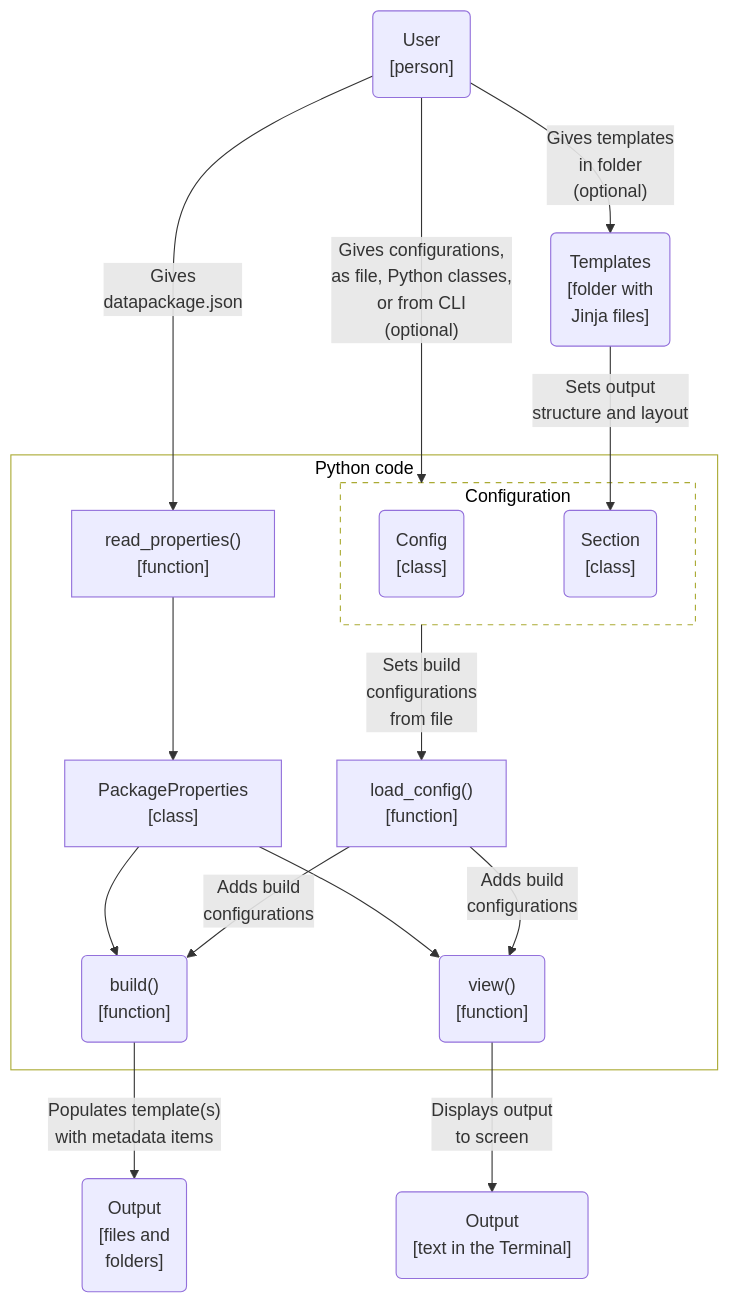
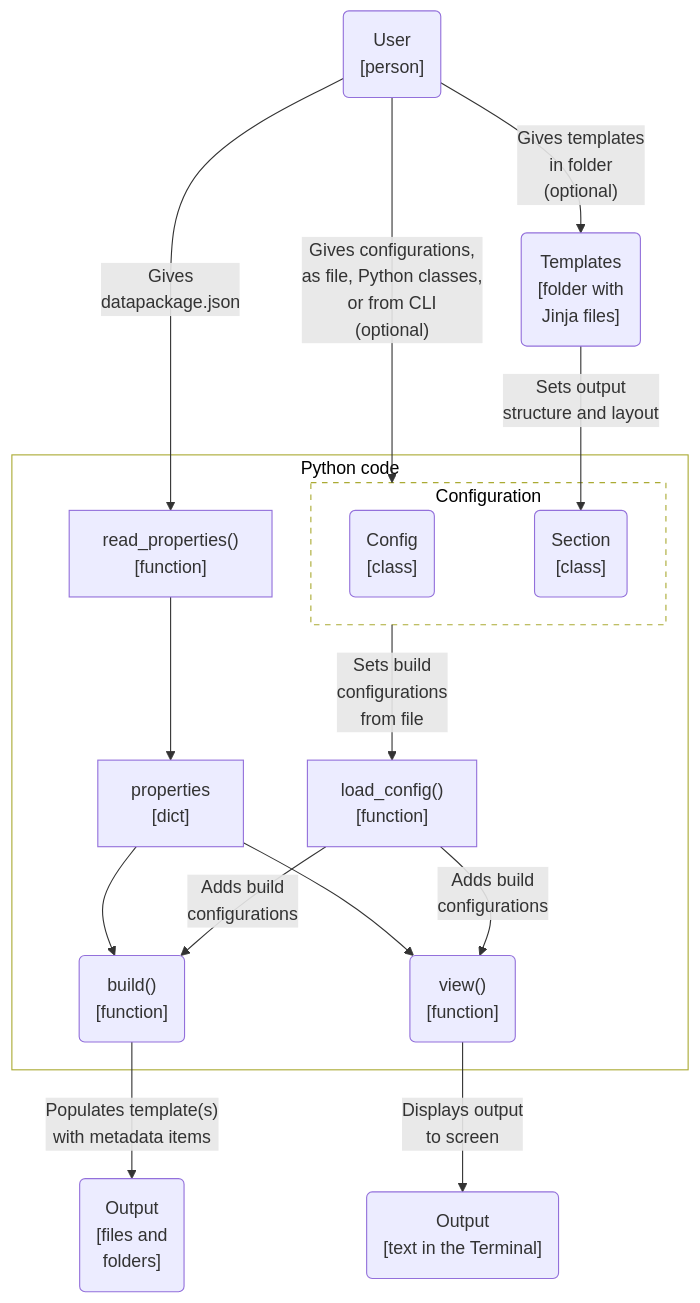
One commit to seedcase-project/seedcase-flower changed the third of 3 diagrams in docs/design/architecture.qmd. Above: the diagram before and after it, drawn with Mermaid. The commit also changed other lines of this file and 2 other files, not shown here.

Commit message:
docs: :building_construction: don't rely on Sprout for reading properties

````diff
--- a/docs/design/architecture.qmd
+++ b/docs/design/architecture.qmd
@@ -231,41 +233,41 @@
 ```{mermaid}
 %%| label: fig-c4-component
 %%| fig-cap: "C4 component diagram showing the parts of the Python package that contribute to the CLI and their connections."
 flowchart
 
     subgraph python_package["Python code"]
 
         subgraph config_file["Configuration"]
             config("Config<br>[class]")
             section("Section<br>[class]")
         end
 
         load_config["load_config()<br>[function]"]
         read_properties["read_properties()<br>[function]"]
-        properties["PackageProperties<br>[class]"]
+        properties["properties<br>[dict]"]
         build("build()<br>[function]")
         view("view()<br>[function]")
 
         config_file -- "Sets build<br>configurations<br>from file" --> load_config
 
         read_properties --> properties
         properties --> build & view
         load_config -- "Adds build<br>configurations" --> build & view
     end
 
     templates("Templates<br>[folder with<br>Jinja files]")
     user("User<br>[person]")
     output_files("Output<br>[files and<br>folders]")
     output_screen("Output<br>[text in the Terminal]")
 
     templates --"Sets output<br>structure and layout"--> section
     user --"Gives<br>datapackage.json"--> read_properties
     user --"Gives configurations,<br>as file, Python classes,<br>or from CLI<br>(optional)"--> config_file
     user --"Gives templates<br>in folder<br>(optional)"--> templates
     build --"Populates template(s)<br>with metadata items"--> output_files
     view --"Displays output<br>to screen"--> output_screen
 
     %% Styling
     style python_package fill:#FFFFFF, color:#000000
     style config_file fill:#FFFFFF, color:#000000, stroke-dasharray: 5 5
 ```
````
